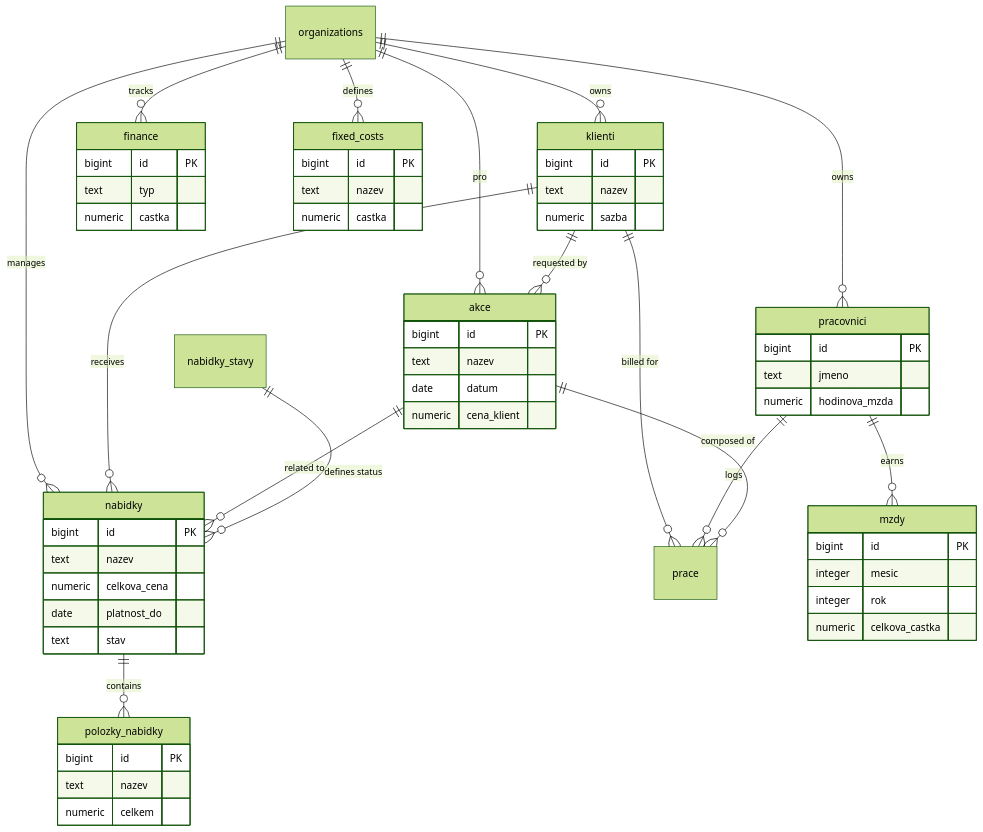
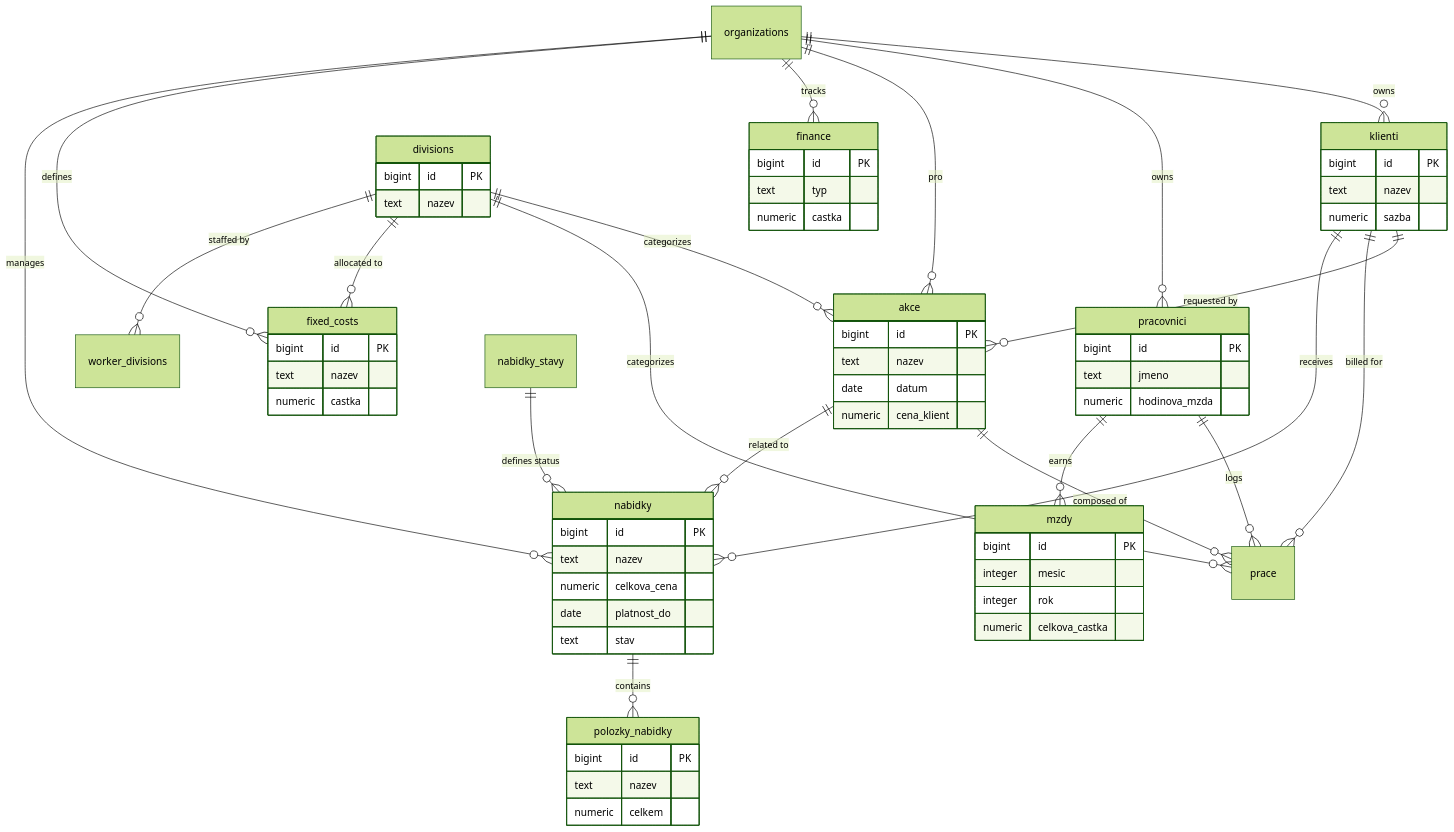
Before and after one commit to VolPark/Sebit-App: the diagram in README.md, drawn with Mermaid (forest theme). The commit also changed other lines of this file and 1 other file, not shown here.

Commit message:
aktualizace schema a readme

````diff
--- a/README.md
+++ b/README.md
@@ -138,4 +139,14 @@
         text nazev
         numeric castka
     }
+
+    divisions {
+        bigint id PK
+        text nazev
+    }
+
+    divisions ||--o{ akce : "categorizes"
+    divisions ||--o{ prace : "categorizes"
+    divisions ||--o{ fixed_costs : "allocated to"
+    divisions ||--o{ worker_divisions : "staffed by"
 ```
````
